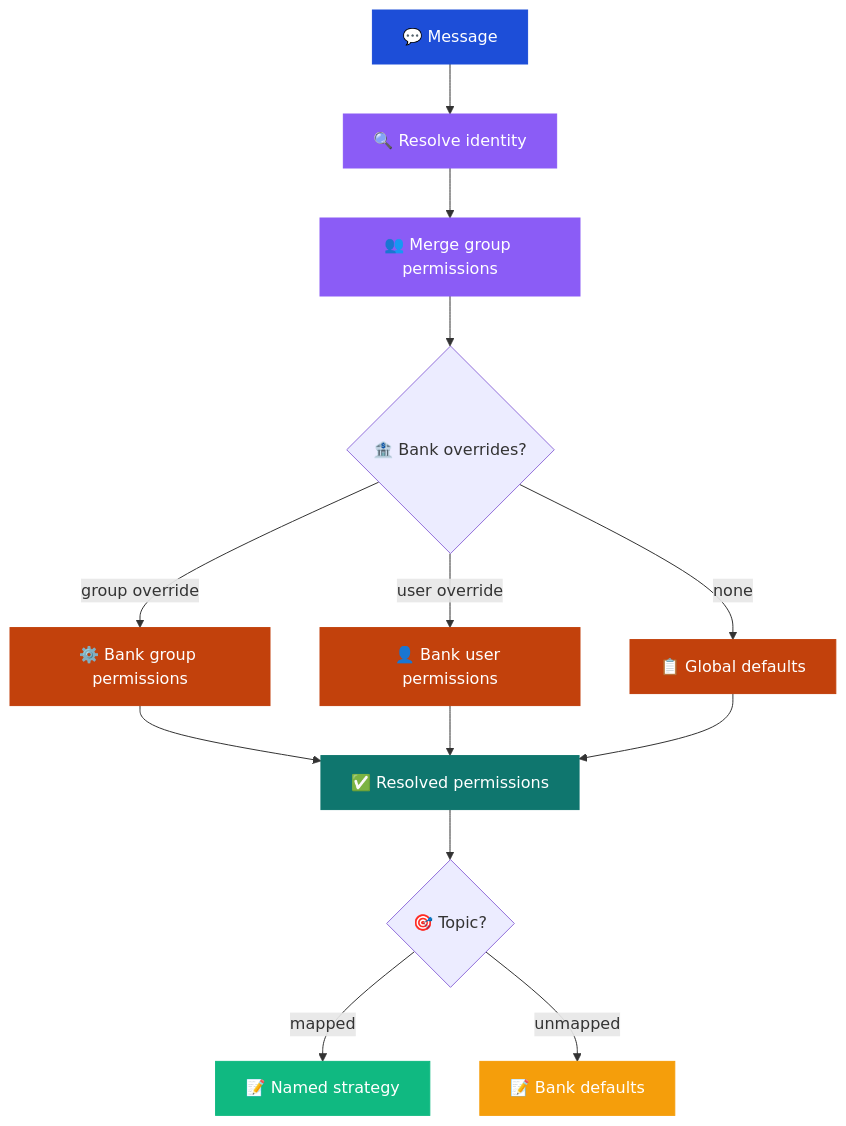
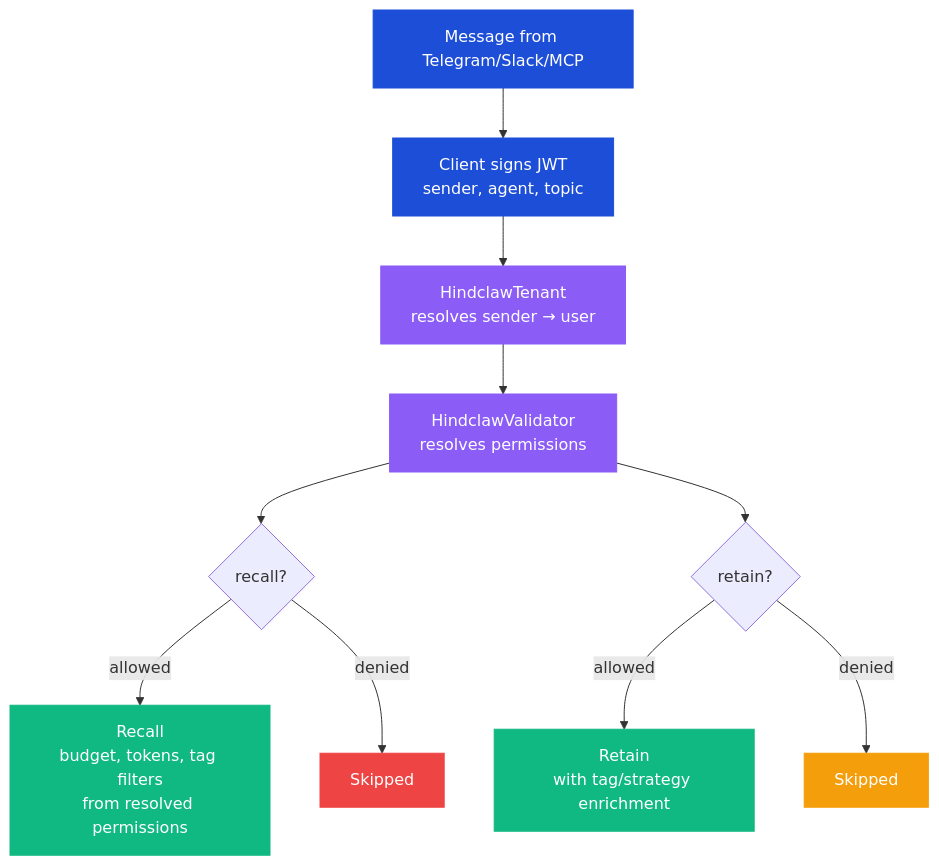
Before and after one commit to mrkhachaturov/hindclaw: the second of 7 diagrams in README.md, drawn with Mermaid. The commit also changed other lines of this file and 8 other files, not shown here.

First line of the commit message:
docs: update docs for server-side architecture and Terraform provider

````diff
--- a/README.md
+++ b/README.md
@@ -66,25 +87,21 @@
 ```mermaid
 graph TD
-    MSG["💬 Message"] --> ID["🔍 Resolve identity"]
-    ID --> GROUPS["👥 Merge group permissions"]
-    GROUPS --> BANK{"🏦 Bank overrides?"}
-    BANK -->|group override| BG["⚙️ Bank group permissions"]
-    BANK -->|user override| BU["👤 Bank user permissions"]
-    BANK -->|none| GLOBAL["📋 Global defaults"]
-    BG --> RESOLVED["✅ Resolved permissions"]
-    BU --> RESOLVED
-    GLOBAL --> RESOLVED
-    RESOLVED --> TOPIC{"🎯 Topic?"}
-    TOPIC -->|mapped| STRATEGY["📝 Named strategy"]
-    TOPIC -->|unmapped| DEFAULT["📝 Bank defaults"]
+    MSG["Message from Telegram/Slack/MCP"] --> JWT["Client signs JWT<br/>sender, agent, topic"]
+    JWT --> TENANT["HindclawTenant<br/>resolves sender → user"]
+    TENANT --> VALIDATOR["HindclawValidator<br/>resolves permissions"]
+    VALIDATOR --> R{"recall?"}
+    VALIDATOR --> W{"retain?"}
+    R -->|allowed| RECALL["Recall<br/>budget, tokens, tag filters<br/>from resolved permissions"]
+    R -->|denied| NO_R["Skipped"]
+    W -->|allowed| RETAIN["Retain<br/>with tag/strategy enrichment"]
+    W -->|denied| NO_W["Skipped"]
 
     style MSG fill:#1d4ed8,color:#fff,stroke:#1d4ed8
-    style ID fill:#8b5cf6,color:#fff,stroke:#8b5cf6
-    style GROUPS fill:#8b5cf6,color:#fff,stroke:#8b5cf6
-    style BG fill:#c2410c,color:#fff,stroke:#c2410c
-    style BU fill:#c2410c,color:#fff,stroke:#c2410c
-    style GLOBAL fill:#c2410c,color:#fff,stroke:#c2410c
-    style RESOLVED fill:#0f766e,color:#fff,stroke:#0f766e
-    style STRATEGY fill:#10b981,color:#fff,stroke:#10b981
-    style DEFAULT fill:#f59e0b,color:#fff,stroke:#f59e0b
+    style JWT fill:#1d4ed8,color:#fff,stroke:#1d4ed8
+    style TENANT fill:#8b5cf6,color:#fff,stroke:#8b5cf6
+    style VALIDATOR fill:#8b5cf6,color:#fff,stroke:#8b5cf6
+    style RECALL fill:#10b981,color:#fff,stroke:#10b981
+    style RETAIN fill:#10b981,color:#fff,stroke:#10b981
+    style NO_R fill:#ef4444,color:#fff,stroke:#ef4444
+    style NO_W fill:#f59e0b,color:#fff,stroke:#f59e0b
 ```
````
